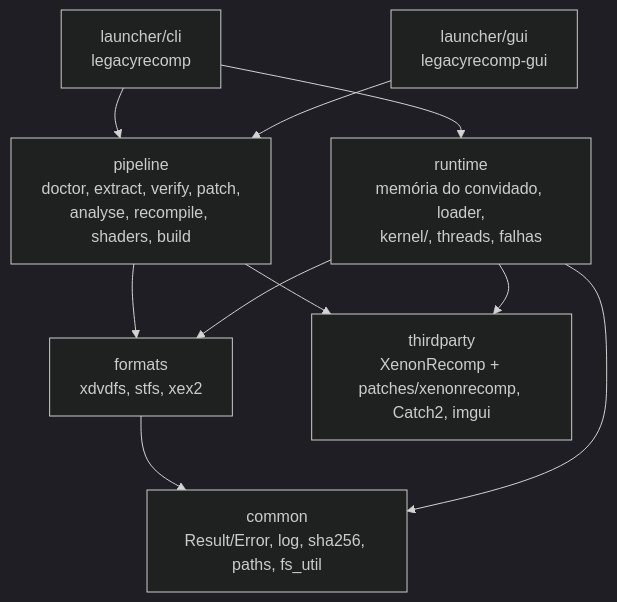
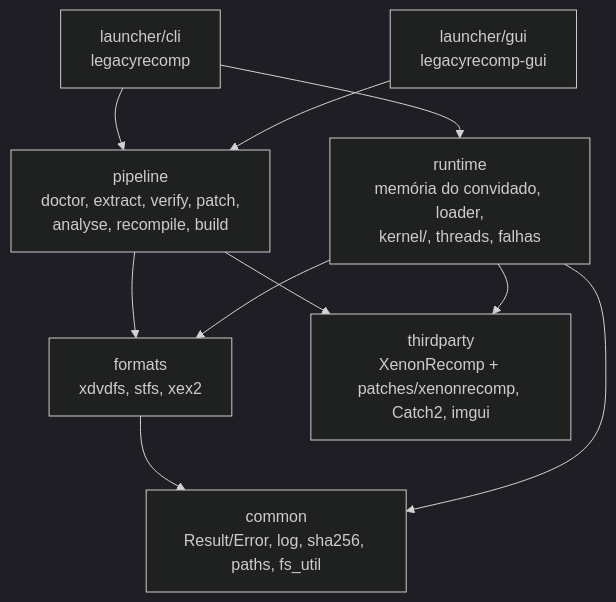
One commit to KauanDev1/legacy-launcher changed the diagram in docs/architecture.md. Above: the diagram before and after it, drawn with Mermaid (dark theme). The commit also changed other lines of this file and 68 other files, not shown here.

````diff
--- a/docs/architecture.md
+++ b/docs/architecture.md
@@ -5,19 +5,19 @@
 ```mermaid
 flowchart TD
   cli[launcher/cli<br/>legacyrecomp]
   gui[launcher/gui<br/>legacyrecomp-gui]
-  pipeline[pipeline<br/>doctor, extract, verify, patch,<br/>analyse, recompile, shaders, build]
+  pipeline[pipeline<br/>doctor, extract, verify, patch,<br/>analyse, recompile, build]
   runtime[runtime<br/>memória do convidado, loader,<br/>kernel/, threads, falhas]
   formats[formats<br/>xdvdfs, stfs, xex2]
   common[common<br/>Result/Error, log, sha256, paths, fs_util]
   third[thirdparty<br/>XenonRecomp + patches/xenonrecomp, Catch2, imgui]
   cli --> pipeline
   gui --> pipeline
   cli --> runtime
   pipeline --> formats
   pipeline --> third
   formats --> common
   runtime --> formats
   runtime --> common
   runtime --> third
 ```
````
